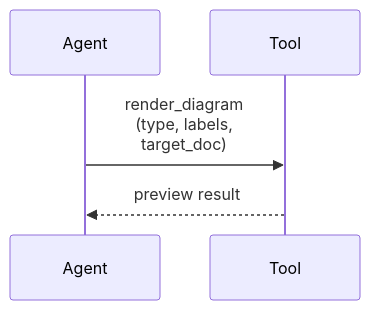
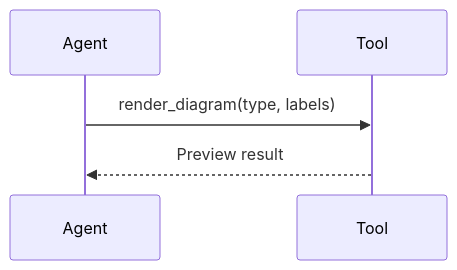
The sixth of 12 diagrams in domain/imsight-skills/imsight-doc-writing/commands/mermaid-graphing.md (igamenovoer/domain-skills), drawn with Mermaid before and after one commit. The commit also changed other lines of this file and 2 other files, not shown here.

Commit message:
docs(doc-writing): default sequence messages to technical-plus-chat style

````diff
--- a/domain/imsight-skills/imsight-doc-writing/commands/mermaid-graphing.md
+++ b/domain/imsight-skills/imsight-doc-writing/commands/mermaid-graphing.md
@@ -112,7 +138,7 @@
 ```mermaid
 sequenceDiagram
     participant A as Agent
     participant T as Tool
-    A->>T: render_diagram<br/>(type, labels,<br/>target_doc)
-    T-->>A: preview result
+    A->>T: render_diagram(type, labels)
+    T-->>A: Preview result
 ```
````
